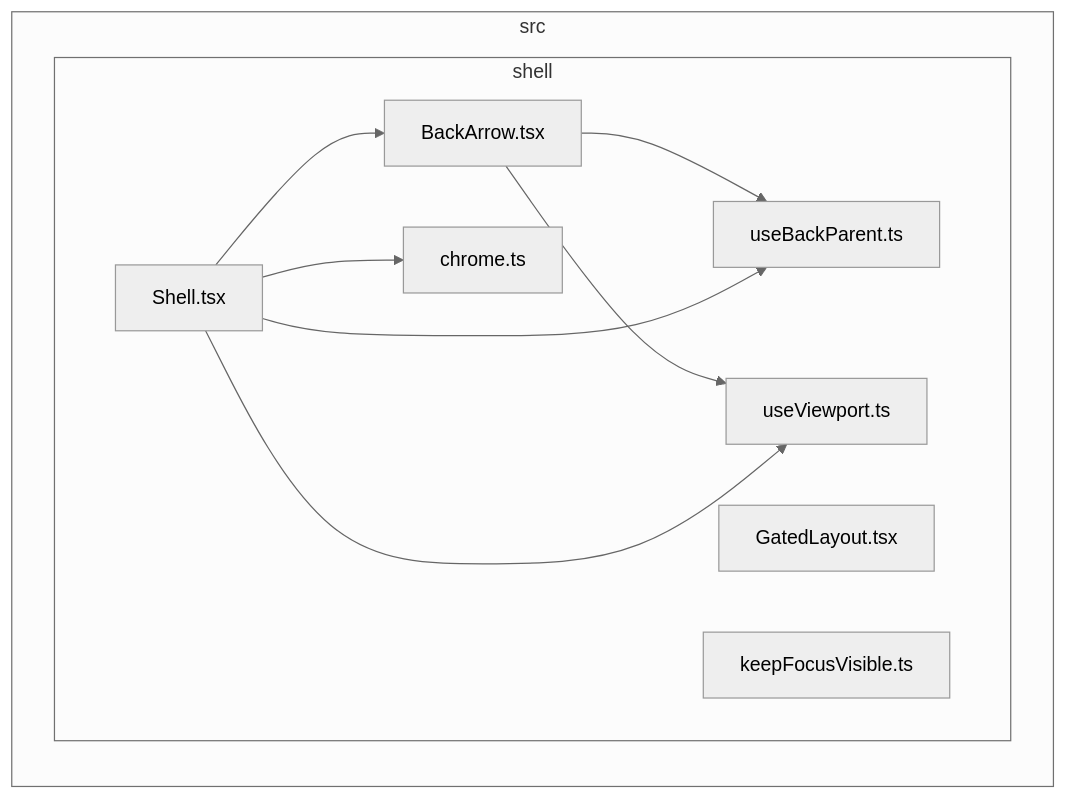
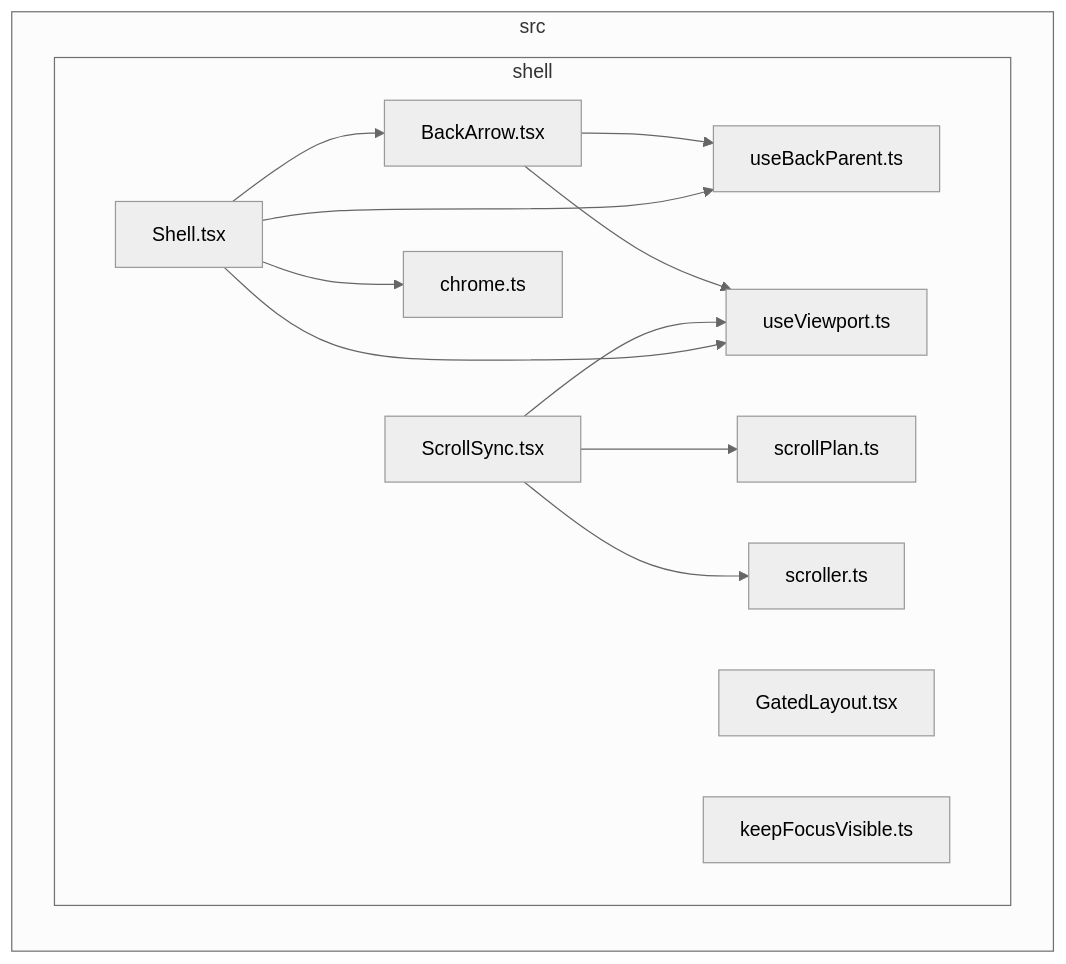
The diagram in docs/architecture/generated/front-modules/shell.md (GonzaloZevallos/apostrophe), drawn with Mermaid (neutral theme) before and after one commit. The commit also changed 6 other files, not shown here.

````diff
--- a/docs/architecture/generated/front-modules/shell.md
+++ b/docs/architecture/generated/front-modules/shell.md
@@ -7,20 +7,26 @@
 ```mermaid
 flowchart LR
 subgraph src["src"]
   subgraph src_shell["shell"]
     src_shell_BackArrow_tsx["BackArrow.tsx"]
     src_shell_GatedLayout_tsx["GatedLayout.tsx"]
+    src_shell_ScrollSync_tsx["ScrollSync.tsx"]
     src_shell_Shell_tsx["Shell.tsx"]
     src_shell_chrome_ts["chrome.ts"]
     src_shell_keepFocusVisible_ts["keepFocusVisible.ts"]
+    src_shell_scrollPlan_ts["scrollPlan.ts"]
+    src_shell_scroller_ts["scroller.ts"]
     src_shell_useBackParent_ts["useBackParent.ts"]
     src_shell_useViewport_ts["useViewport.ts"]
   end
 end
 src_shell_BackArrow_tsx-->src_shell_useBackParent_ts
 src_shell_BackArrow_tsx-->src_shell_useViewport_ts
+src_shell_ScrollSync_tsx-->src_shell_scrollPlan_ts
+src_shell_ScrollSync_tsx-->src_shell_scroller_ts
+src_shell_ScrollSync_tsx-->src_shell_useViewport_ts
 src_shell_Shell_tsx-->src_shell_BackArrow_tsx
 src_shell_Shell_tsx-->src_shell_chrome_ts
 src_shell_Shell_tsx-->src_shell_useBackParent_ts
 src_shell_Shell_tsx-->src_shell_useViewport_ts
 ```
````
